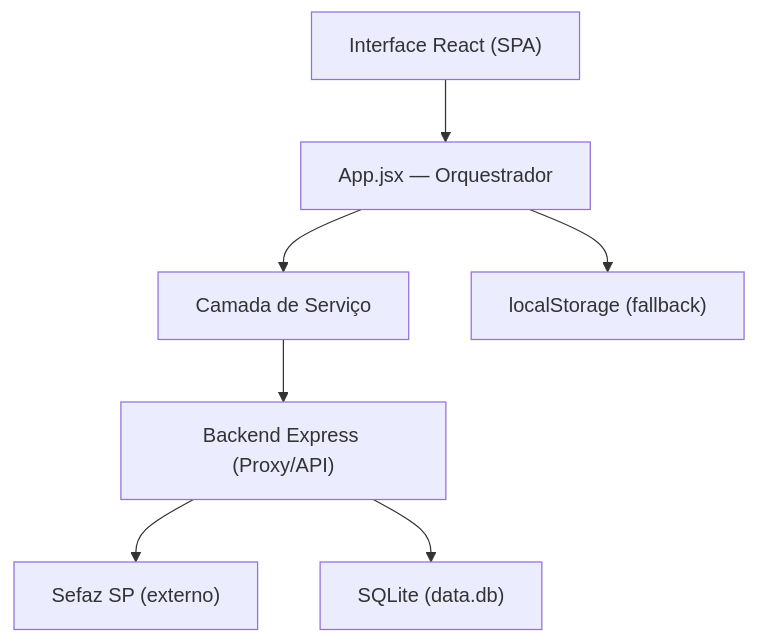
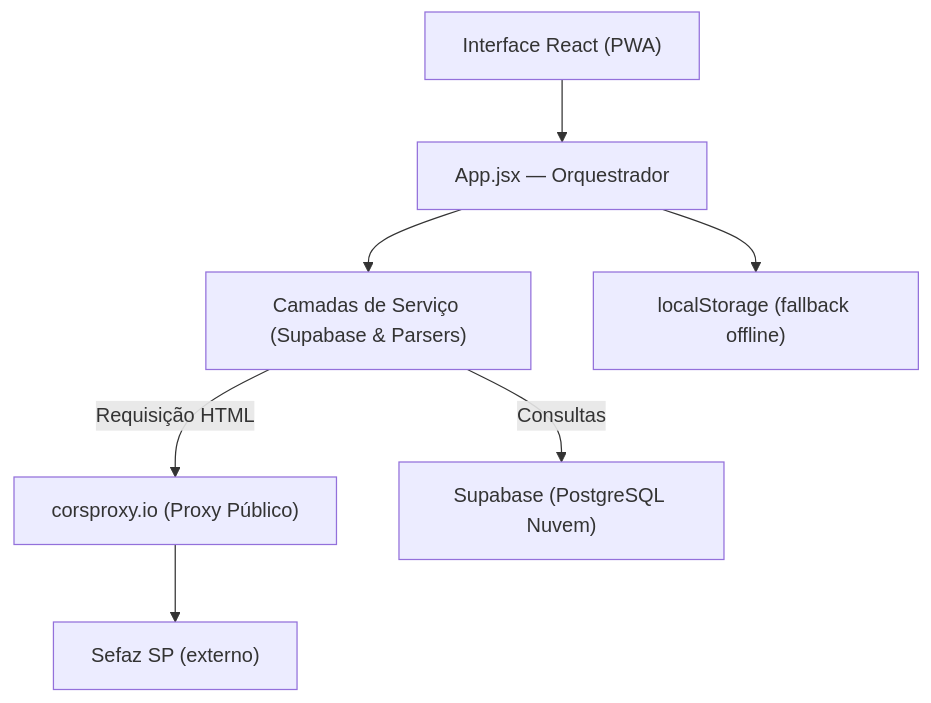
Before and after one commit to Bosguega/my_mercado: the first of 2 diagrams in ARCHITECTURE.md, drawn with Mermaid. The commit also changed other lines of this file and 14 other files, not shown here.

````diff
--- a/ARCHITECTURE.md
+++ b/ARCHITECTURE.md
@@ -37,17 +36,17 @@
 ```mermaid
 graph TD
-    UI["Interface React (SPA)"]
+    UI["Interface React (PWA)"]
     App["App.jsx — Orquestrador"]
-    Services["Camada de Serviço"]
-    Backend["Backend Express (Proxy/API)"]
+    Services["Camadas de Serviço (Supabase & Parsers)"]
+    CorsProxy["corsproxy.io (Proxy Público)"]
     Sefaz["Sefaz SP (externo)"]
-    SQLite["SQLite (data.db)"]
-    LocalStorage["localStorage (fallback)"]
+    Supabase["Supabase (PostgreSQL Nuvem)"]
+    LocalStorage["localStorage (fallback offline)"]
 
     UI --> App
     App --> Services
     App --> LocalStorage
-    Services --> Backend
-    Backend --> Sefaz
-    Backend --> SQLite
+    Services -- "Consultas" --> Supabase
+    Services -- "Requisição HTML" --> CorsProxy
+    CorsProxy --> Sefaz
 ```
````
